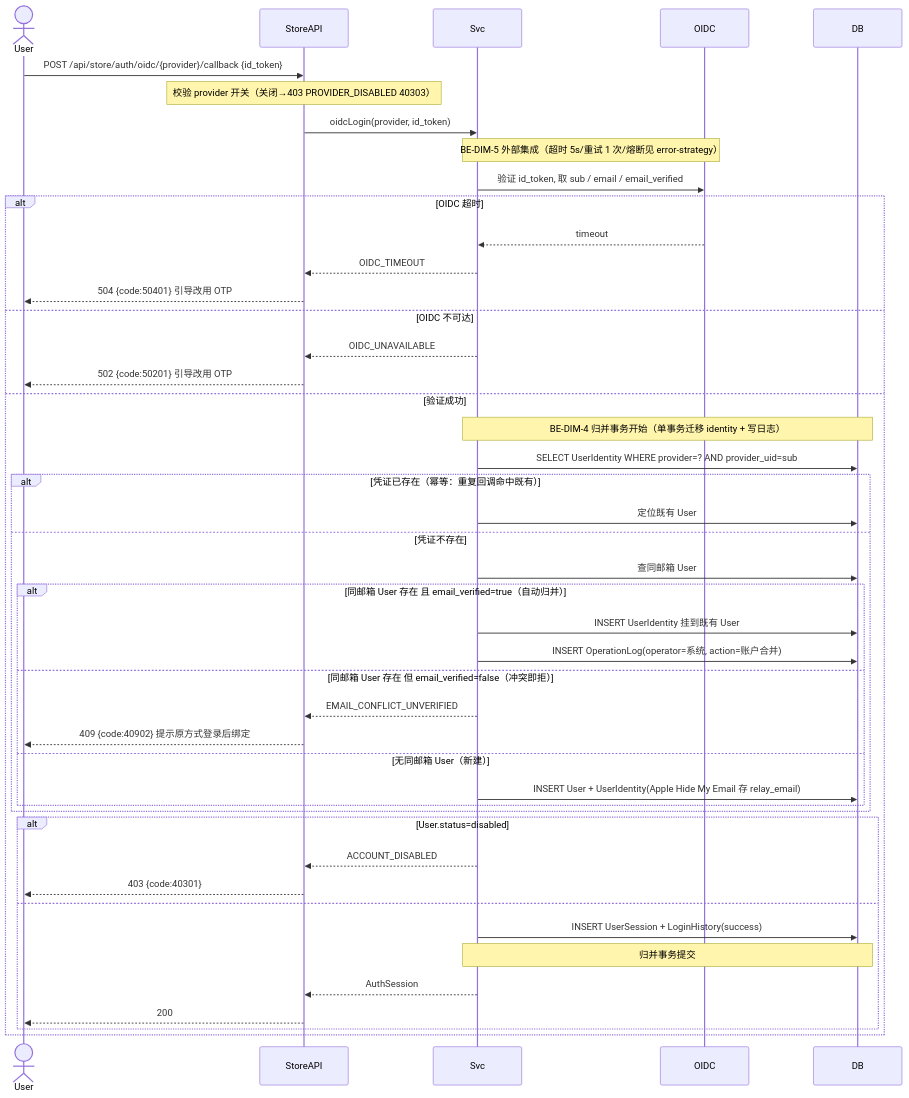
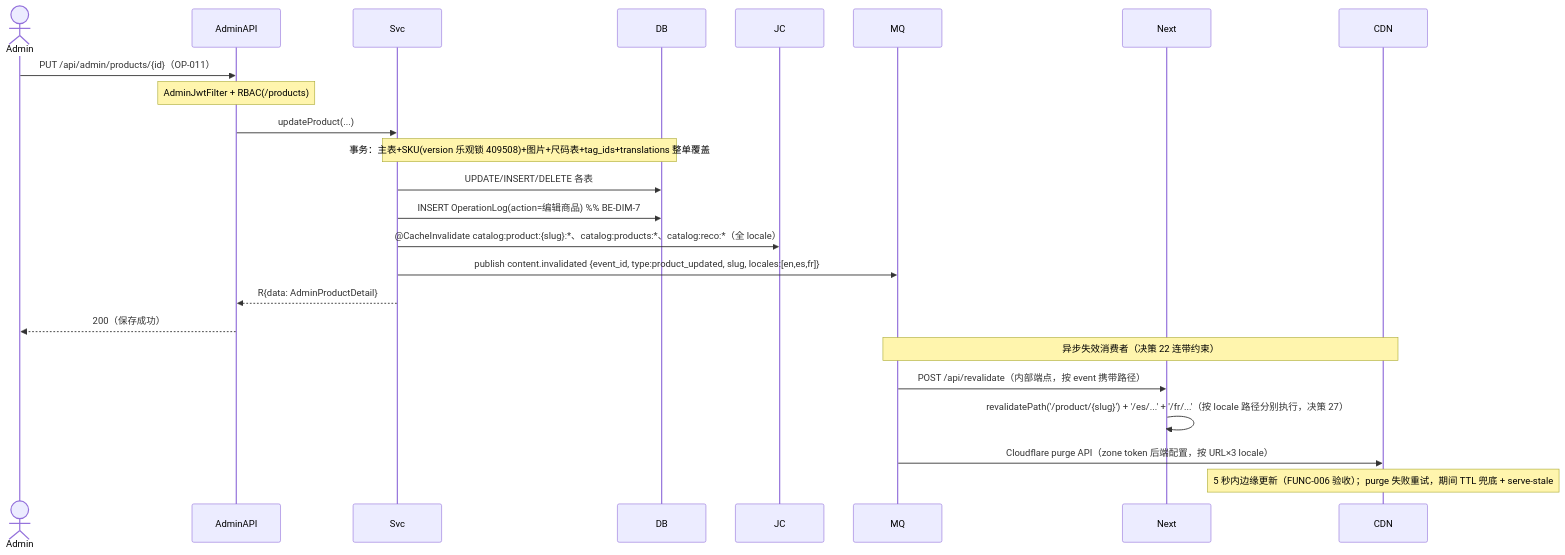
Before and after one commit to hptec/dreamy: the third of 20 diagrams in hhspec/specs/architecture/data-flow.md, drawn with Mermaid. The commit also changed other lines of this file and 180 other files, not shown here.

````diff
--- a/hhspec/specs/architecture/data-flow.md
+++ b/hhspec/specs/architecture/data-flow.md
@@ -144,48 +170,28 @@
 ```mermaid
 sequenceDiagram
-    actor User
-    participant StoreAPI
+    actor Admin
+    participant AdminAPI
     participant Svc
-    participant OIDC
     participant DB
+    participant JC
+    participant MQ
+    participant Next
+    participant CDN
 
-    User->>StoreAPI: POST /api/store/auth/oidc/{provider}/callback {id_token}
-    Note over StoreAPI: 校验 provider 开关（关闭→403 PROVIDER_DISABLED 40303）
-    StoreAPI->>Svc: oidcLogin(provider, id_token)
-    Note over Svc,OIDC: BE-DIM-5 外部集成（超时 5s/重试 1 次/熔断见 error-strategy）
-    Svc->>OIDC: 验证 id_token, 取 sub / email / email_verified
-    alt OIDC 超时
-        OIDC-->>Svc: timeout
-        Svc-->>StoreAPI: OIDC_TIMEOUT
-        StoreAPI-->>User: 504 {code:50401} 引导改用 OTP
-    else OIDC 不可达
-        Svc-->>StoreAPI: OIDC_UNAVAILABLE
-        StoreAPI-->>User: 502 {code:50201} 引导改用 OTP
-    else 验证成功
-        Note over Svc,DB: BE-DIM-4 归并事务开始（单事务迁移 identity + 写日志）
-        Svc->>DB: SELECT UserIdentity WHERE provider=? AND provider_uid=sub
-        alt 凭证已存在（幂等：重复回调命中既有）
-            Svc->>DB: 定位既有 User
-        else 凭证不存在
-            Svc->>DB: 查同邮箱 User
-            alt 同邮箱 User 存在 且 email_verified=true（自动归并）
-                Svc->>DB: INSERT UserIdentity 挂到既有 User
-                Svc->>DB: INSERT OperationLog(operator=系统, action=账户合并)
-            else 同邮箱 User 存在 但 email_verified=false（冲突即拒）
-                Svc-->>StoreAPI: EMAIL_CONFLICT_UNVERIFIED
-                StoreAPI-->>User: 409 {code:40902} 提示原方式登录后绑定
-            else 无同邮箱 User（新建）
-                Svc->>DB: INSERT User + UserIdentity(Apple Hide My Email 存 relay_email)
-            end
-        end
-        alt User.status=disabled
-            Svc-->>StoreAPI: ACCOUNT_DISABLED
-            StoreAPI-->>User: 403 {code:40301}
-        else
-            Svc->>DB: INSERT UserSession + LoginHistory(success)
-            Note over Svc,DB: 归并事务提交
-            Svc-->>StoreAPI: AuthSession
-            StoreAPI-->>User: 200
-        end
-    end
+    Admin->>AdminAPI: PUT /api/admin/products/{id}（OP-011）
+    Note over AdminAPI: AdminJwtFilter + RBAC(/products)
+    AdminAPI->>Svc: updateProduct(...)
+    Note over Svc,DB: 事务：主表+SKU(version 乐观锁 409508)+图片+尺码表+tag_ids+translations 整单覆盖
+    Svc->>DB: UPDATE/INSERT/DELETE 各表
+    Svc->>DB: INSERT OperationLog(action=编辑商品)  %% BE-DIM-7
+    Svc->>JC: @CacheInvalidate catalog:product:{slug}:*、catalog:products:*、catalog:reco:*（全 locale）
+    Svc->>MQ: publish content.invalidated {event_id, type:product_updated, slug, locales:[en,es,fr]}
+    Svc-->>AdminAPI: R{data: AdminProductDetail}
+    AdminAPI-->>Admin: 200（保存成功）
+
+    Note over MQ,CDN: 异步失效消费者（决策 22 连带约束）
+    MQ->>Next: POST /api/revalidate（内部端点，按 event 携带路径）
+    Next->>Next: revalidatePath('/product/{slug}') + '/es/...' + '/fr/...'（按 locale 路径分别执行，决策 27）
+    MQ->>CDN: Cloudflare purge API（zone token 后端配置，按 URL×3 locale）
+    Note over CDN: 5 秒内边缘更新（FUNC-006 验收）；purge 失败重试，期间 TTL 兜底 + serve-stale
 ```
````
